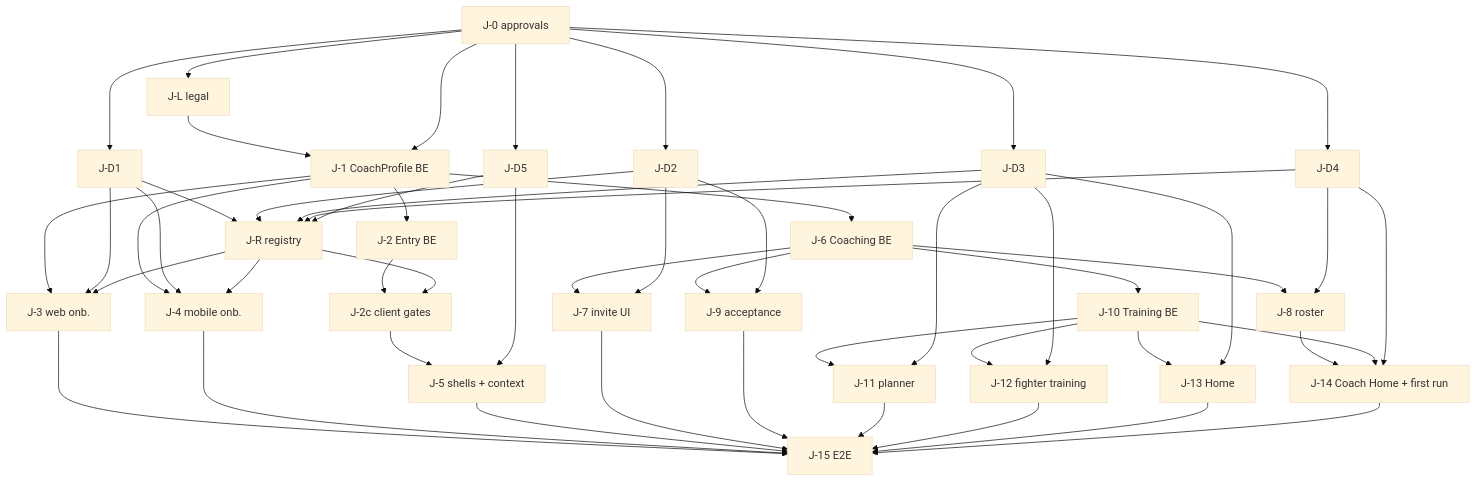
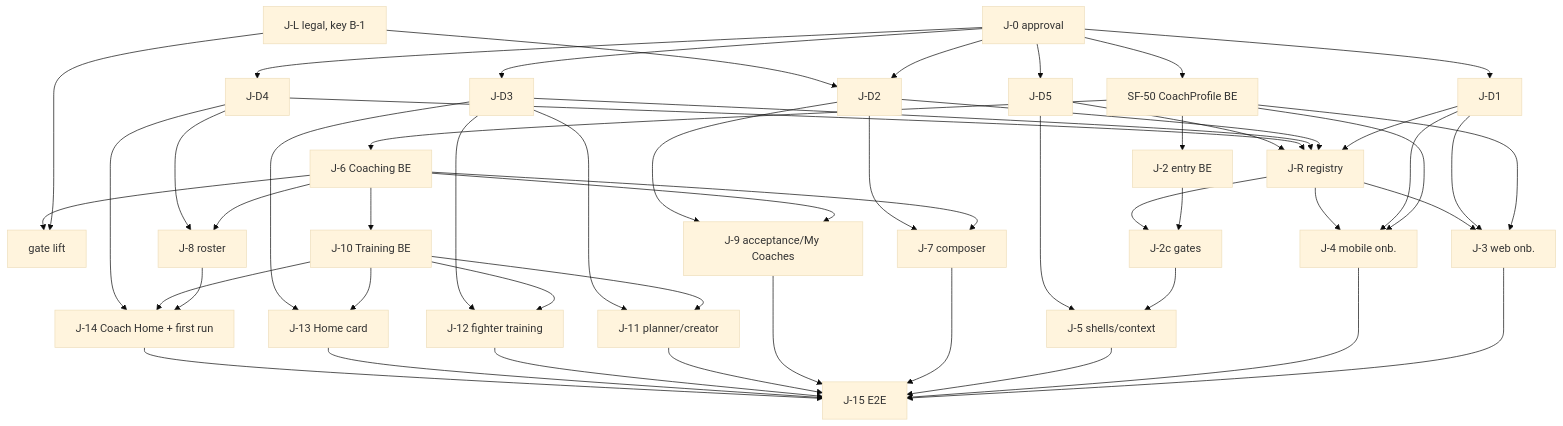
Before and after one commit to EugeniBykovski/simplefit-api: the third of 3 diagrams in docs/architecture/proposals/SF-49-coach-training-architecture.md, drawn with Mermaid (base theme). The commit also changed other lines of this file, not shown here.

First line of the commit message:
docs: SF-49 - apply final product decisions to Coach architecture (revision 3)

````diff
--- a/docs/architecture/proposals/SF-49-coach-training-architecture.md
+++ b/docs/architecture/proposals/SF-49-coach-training-architecture.md
@@ -1063,20 +1133,20 @@
 ```mermaid
 graph TD
-  J0[J-0 approvals] --> JL[J-L legal] & JD1[J-D1] & JD2[J-D2] & JD3[J-D3] & JD4[J-D4] & JD5[J-D5]
-  JL --> J1[J-1 CoachProfile BE]
-  J0 --> J1
+  J0[J-0 approval] --> SF50[SF-50 CoachProfile BE]
+  J0 --> JD1[J-D1] & JD2[J-D2] & JD3[J-D3] & JD4[J-D4] & JD5[J-D5]
+  JL[J-L legal, key B-1] --> JD2 & GATE[gate lift]
   JD1 & JD2 & JD3 & JD4 & JD5 --> JR[J-R registry]
-  J1 --> J2[J-2 Entry BE] --> J2c[J-2c client gates]
+  SF50 --> J2[J-2 entry BE] --> J2c[J-2c gates]
   JR --> J2c
-  J1 --> J3[J-3 web onb.] & J4[J-4 mobile onb.]
+  SF50 --> J3[J-3 web onb.] & J4[J-4 mobile onb.]
   JD1 & JR --> J3 & J4
-  J2c & JD5 --> J5[J-5 shells + context]
-  J1 --> J6[J-6 Coaching BE]
-  J6 --> J7[J-7 invite UI] & J8[J-8 roster] & J9[J-9 acceptance] & J10[J-10 Training BE]
+  J2c & JD5 --> J5[J-5 shells/context]
+  SF50 --> J6[J-6 Coaching BE] --> GATE
+  J6 --> J7[J-7 composer] & J8[J-8 roster] & J9[J-9 acceptance/My Coaches] & J10[J-10 Training BE]
   JD2 --> J7 & J9
   JD4 --> J8
-  J10 --> J11[J-11 planner] & J12[J-12 fighter training] & J13[J-13 Home]
+  J10 --> J11[J-11 planner/creator] & J12[J-12 fighter training] & J13[J-13 Home card]
   JD3 --> J11 & J12 & J13
   J8 & J10 & JD4 --> J14[J-14 Coach Home + first run]
   J3 & J4 & J5 & J7 & J9 & J11 & J12 & J13 & J14 --> J15[J-15 E2E]
 ```
````
